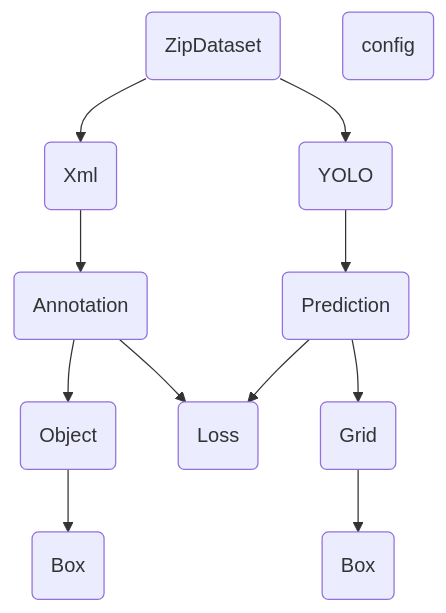
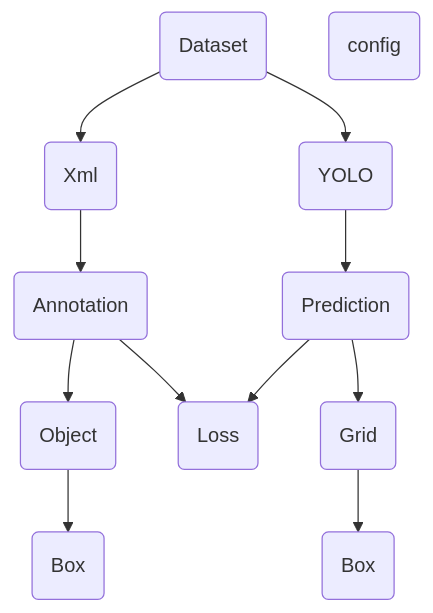
Before and after one commit to Naputao/YOLOv1_From021: the diagram in readme.md, drawn with Mermaid. The commit also changed other lines of this file and 8 other files, not shown here.

````diff
--- a/readme.md
+++ b/readme.md
@@ -99,33 +77,33 @@
 ```mermaid
     graph TB
-    dataset(ZipDataset)
+    dataset(Dataset)
     
     xml(Xml)
     annotation(Annotation)
     object(Object)
     box_(Box)
     
     yolo(YOLO)
     prediction(Prediction)
     grid(Grid)
     box(Box)
     
     loss(Loss)
     config(config)
     
     dataset-->xml
     dataset-->yolo
     
     xml-->annotation
     annotation-->object
     object-->box_
     
     prediction-->loss
     annotation-->loss
     
     yolo-->prediction
     prediction-->grid
     grid-->box
     
     
 ```
````
